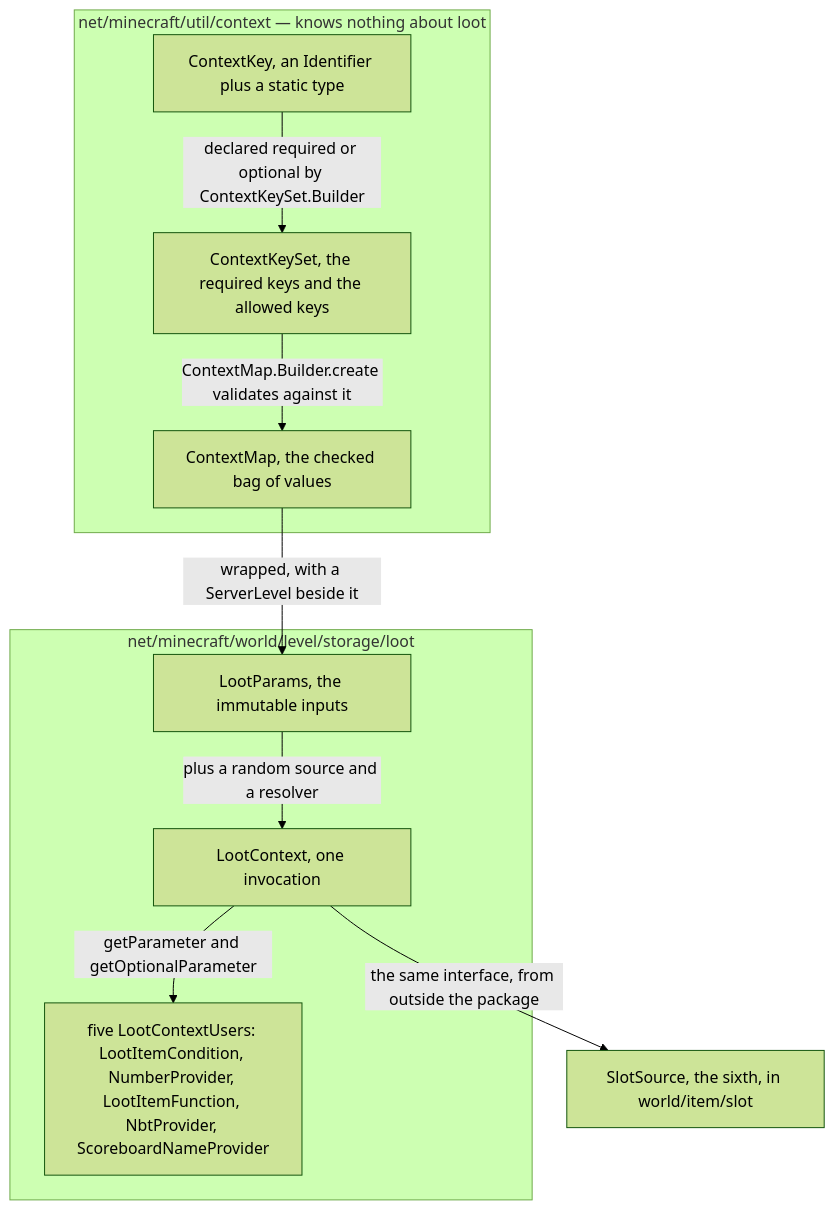
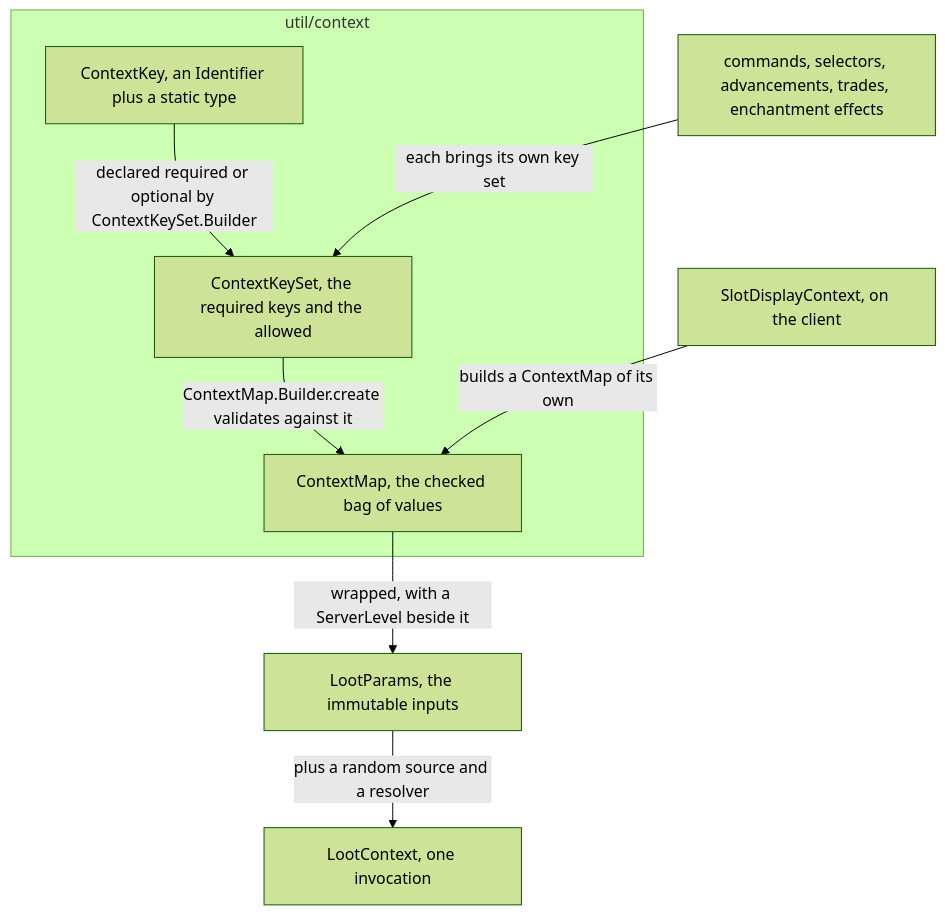
One commit to AlexanderjFraser/MinecraftDocs changed the first of 2 diagrams in src/systems/items/contexts-and-predicates.md. Above: the diagram before and after it, drawn with Mermaid (forest theme). The commit also changed other lines of this file and 19 other files, not shown here.

````diff
--- a/src/systems/items/contexts-and-predicates.md
+++ b/src/systems/items/contexts-and-predicates.md
@@ -21,20 +24,18 @@
 ```mermaid
 flowchart TD
-    subgraph U["net/minecraft/util/context — knows nothing about loot"]
+    Callers["commands, selectors, advancements, trades, enchantment effects"]
+    Client["SlotDisplayContext, on the client"]:::client
+    subgraph U["util/context"]
         CK["ContextKey, an Identifier plus a static type"]
-        CKS["ContextKeySet, the required keys and the allowed keys"]
+        CKS["ContextKeySet, the required keys and the allowed"]
         CMap["ContextMap, the checked bag of values"]
     end
-    subgraph L["net/minecraft/world/level/storage/loot"]
-        LPar["LootParams, the immutable inputs"]
-        LCtx["LootContext, one invocation"]
-        Users["five LootContextUsers: LootItemCondition, NumberProvider, LootItemFunction, NbtProvider, ScoreboardNameProvider"]
-    end
-    Slot["SlotSource, the sixth, in world/item/slot"]
+    LPar["LootParams, the immutable inputs"]:::server
+    LCtx["LootContext, one invocation"]:::server
     CK -->|"declared required or optional by ContextKeySet.Builder"| CKS
     CKS -->|"ContextMap.Builder.create validates against it"| CMap
+    Callers -->|"each brings its own key set"| CKS
+    Client -->|"builds a ContextMap of its own"| CMap
     CMap -->|"wrapped, with a ServerLevel beside it"| LPar
     LPar -->|"plus a random source and a resolver"| LCtx
-    LCtx -->|"getParameter and getOptionalParameter"| Users
-    LCtx -->|"the same interface, from outside the package"| Slot
 ```
````
